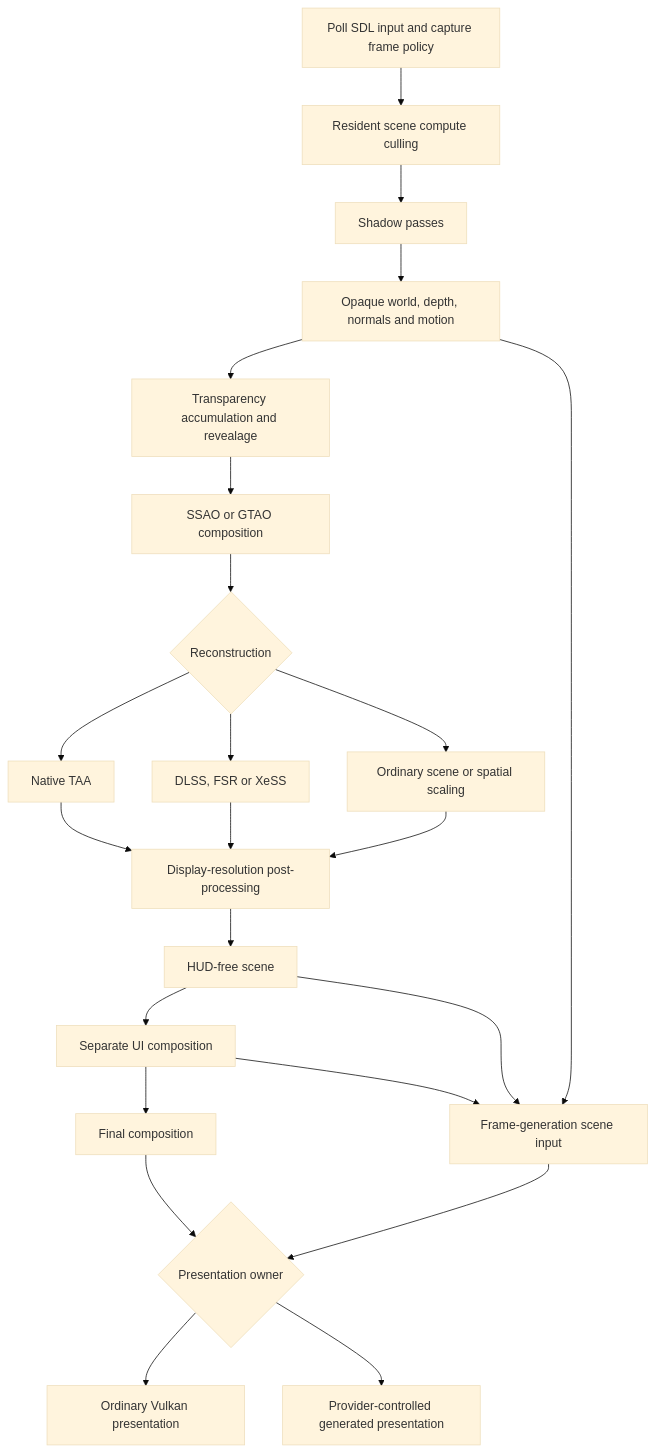
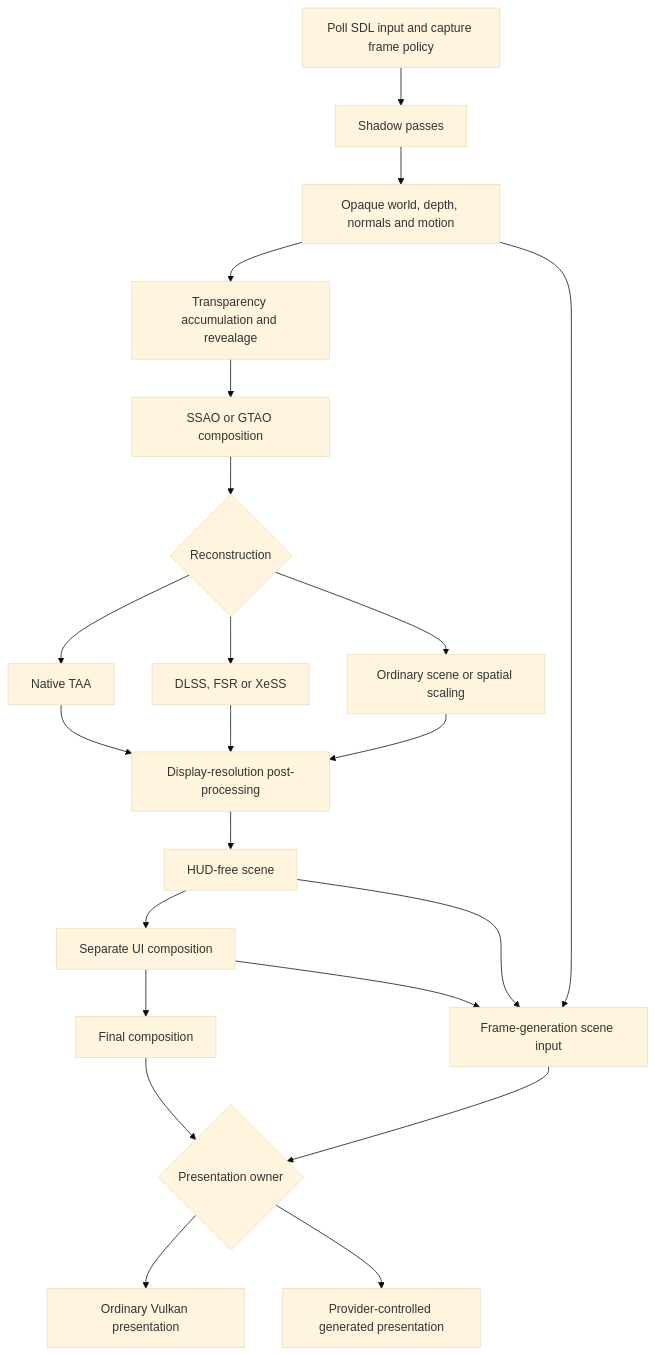
Before and after one commit to KillerPixelCrew/VulkanStory: the second of 7 diagrams in docs/rendering.md, drawn with Mermaid (base theme). The commit also changed other lines of this file and 8 other files, not shown here.

````diff
--- a/docs/rendering.md
+++ b/docs/rendering.md
@@ -34,25 +34,24 @@
 ```mermaid
 flowchart TD
-    Input[Poll SDL input and capture frame policy] --> Cull[Resident scene compute culling]
-    Cull --> Shadow[Shadow passes]
+    Input[Poll SDL input and capture frame policy] --> Shadow[Shadow passes]
     Shadow --> Scene[Opaque world, depth, normals and motion]
     Scene --> OIT[Transparency accumulation and revealage]
     OIT --> AO[SSAO or GTAO composition]
     AO --> Select{Reconstruction}
     Select --> TAA[Native TAA]
     Select --> SR[DLSS, FSR or XeSS]
     Select --> Scale[Ordinary scene or spatial scaling]
     TAA --> Post[Display-resolution post-processing]
     SR --> Post
     Scale --> Post
     Post --> Hudless[HUD-free scene]
     Hudless --> UI[Separate UI composition]
     UI --> Final[Final composition]
     Hudless --> FG[Frame-generation scene input]
     UI --> FG
     Scene --> FG
     Final --> Present{Presentation owner}
     FG --> Present
     Present --> Swapchain[Ordinary Vulkan presentation]
     Present --> Generated[Provider-controlled generated presentation]
 ```
````
